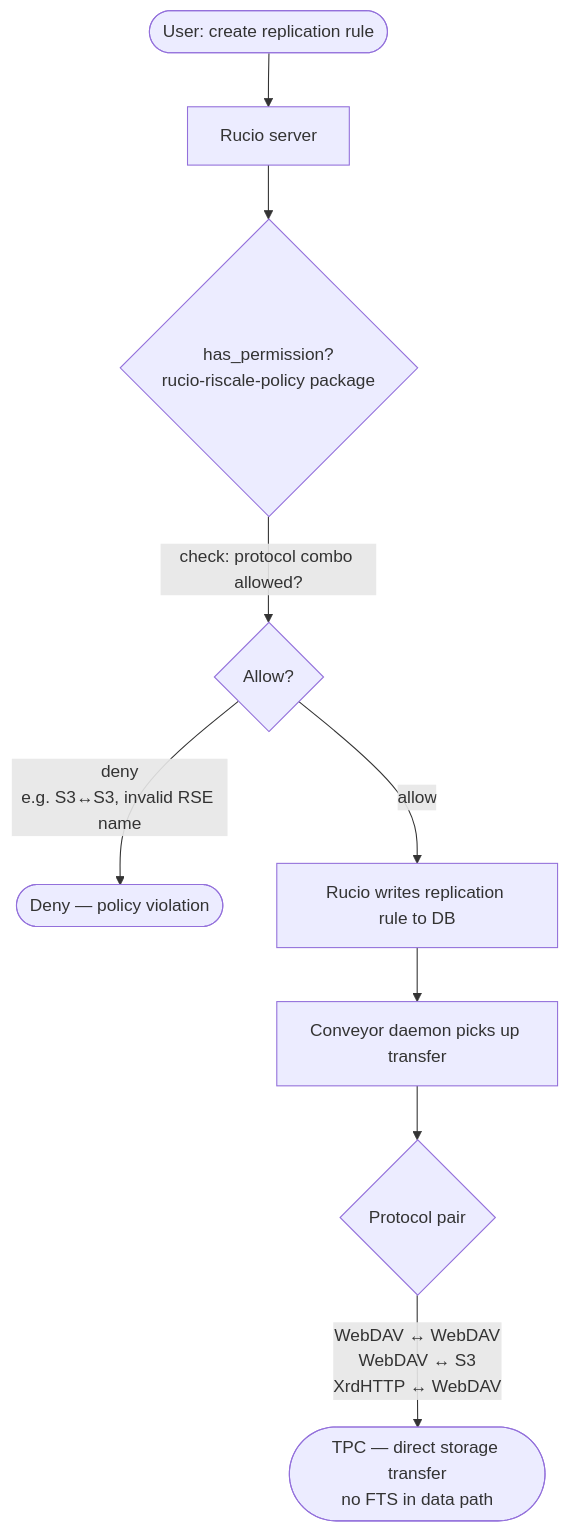
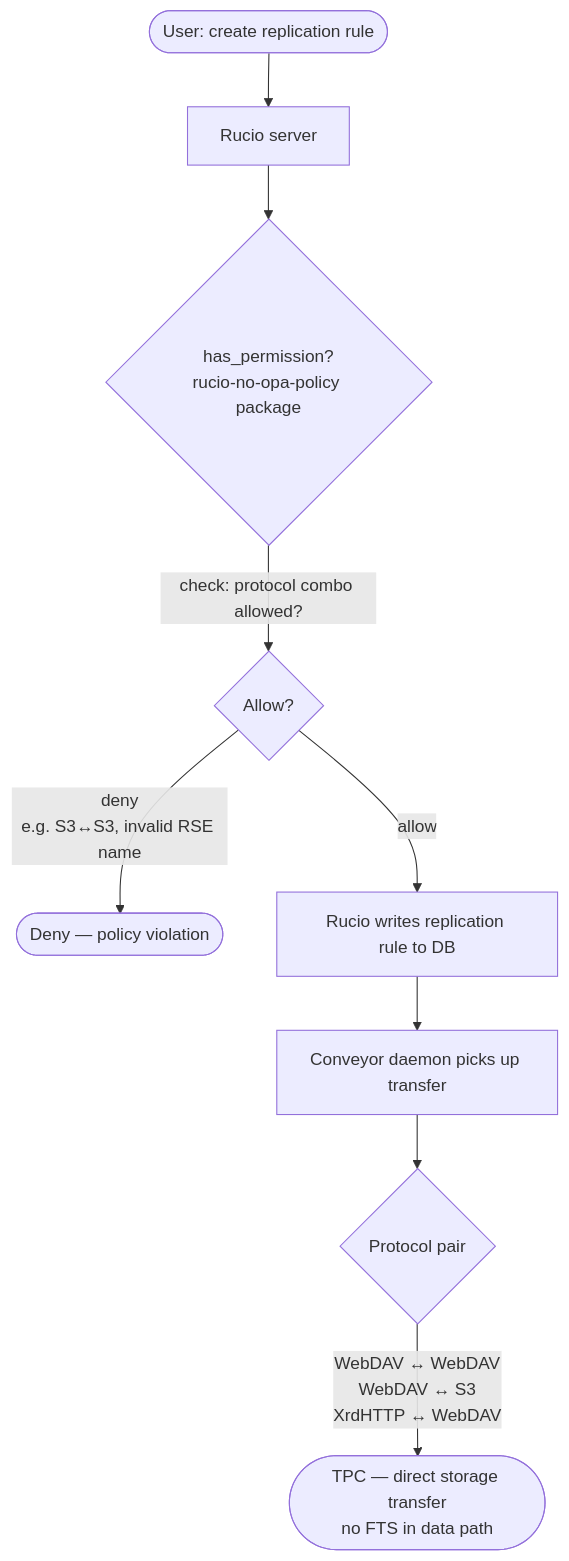
Before and after one commit to mgajek-cern/opa-policy-package: the first of 2 diagrams in README.md, drawn with Mermaid. The commit also changed other lines of this file and 20 other files, not shown here.

Commit message:
feat: add rucio policy packages for phase1 (rucio PDP) and phase2 (OPA PDP)

````diff
--- a/README.md
+++ b/README.md
@@ -6,13 +52,13 @@
 ```mermaid
 flowchart TD
     A([User: create replication rule]) --> B[Rucio server]
-    B --> C{has_permission?\nrucio-riscale-policy package}
+    B --> C{has_permission?\nrucio-no-opa-policy package}
 
     C -->|check: protocol combo allowed?| D{Allow?}
     D -->|deny\ne.g. S3↔S3, invalid RSE name| E([Deny — policy violation])
     D -->|allow| F[Rucio writes replication rule to DB]
 
     F --> G[Conveyor daemon picks up transfer]
     G --> H{Protocol pair}
     H -->|WebDAV ↔ WebDAV\nWebDAV ↔ S3\nXrdHTTP ↔ WebDAV| I([TPC — direct storage transfer\nno FTS in data path])
 ```
````
